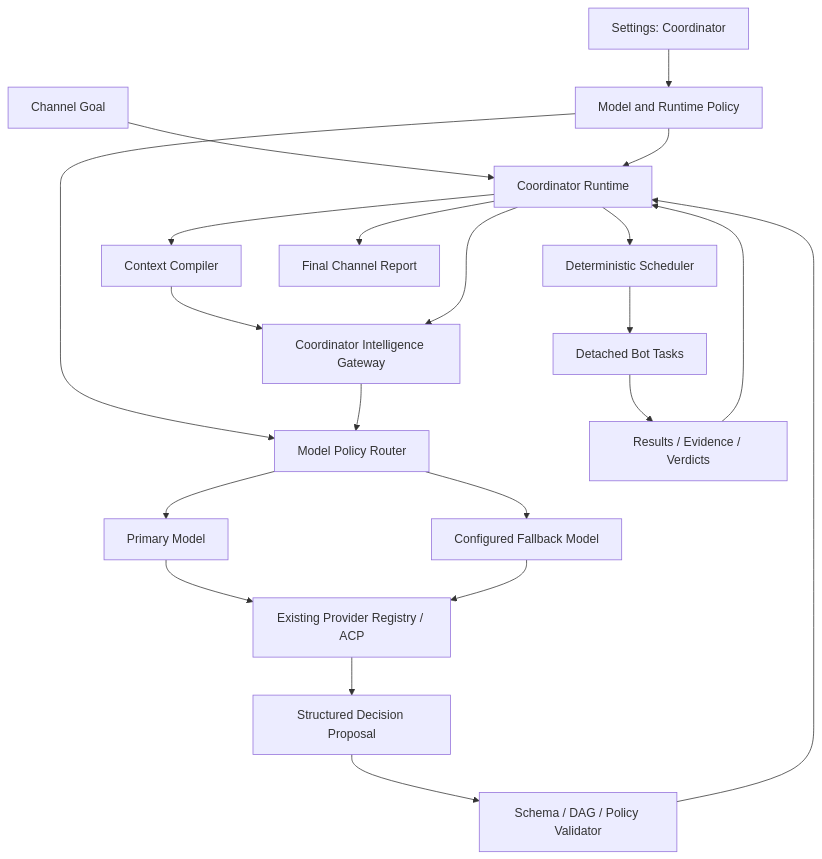
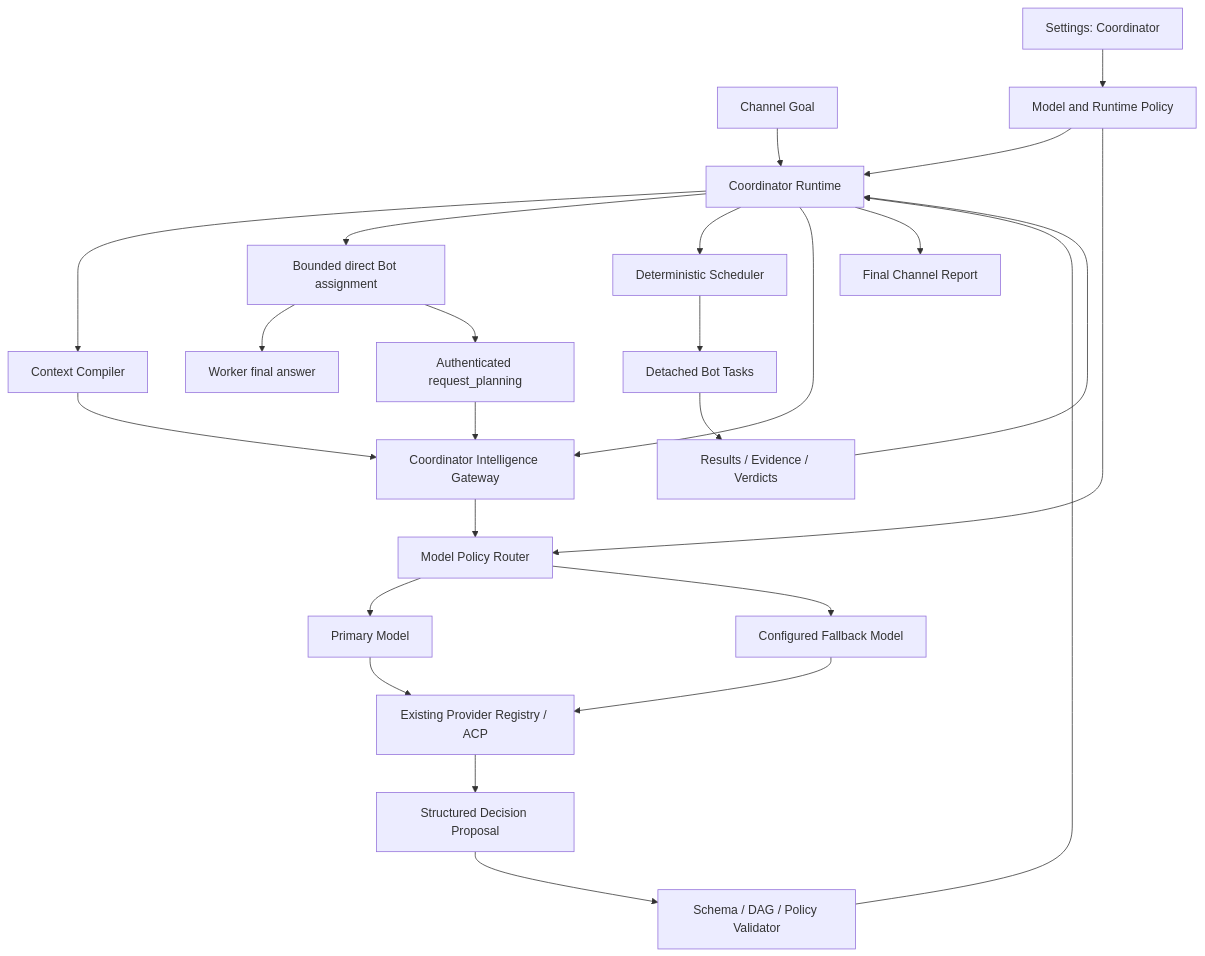
The first of 4 diagrams in cordinator_runtime.md (zhml530/Roundtable), drawn with Mermaid before and after one commit. The commit also changed other lines of this file and 17 other files, not shown here.

````diff
--- a/cordinator_runtime.md
+++ b/cordinator_runtime.md
@@ -19,28 +19,32 @@
 ```mermaid
 flowchart TB
     USER[Channel Goal] --> CORE[Coordinator Runtime]
 
     CORE --> CONTEXT[Context Compiler]
     CONTEXT --> INTEL[Coordinator Intelligence Gateway]
 
     SETTINGS[Settings: Coordinator] --> POLICY[Model and Runtime Policy]
     POLICY --> CORE
     POLICY --> ROUTER[Model Policy Router]
 
     INTEL --> ROUTER
     ROUTER --> PRIMARY[Primary Model]
     ROUTER --> BACKUP[Configured Fallback Model]
     PRIMARY --> PROVIDERS[Existing Provider Registry / ACP]
     BACKUP --> PROVIDERS
 
     PROVIDERS --> PROPOSAL[Structured Decision Proposal]
     PROPOSAL --> VALIDATOR[Schema / DAG / Policy Validator]
     VALIDATOR --> CORE
+    CORE --> DIRECT[Bounded direct Bot assignment]
+    DIRECT --> ANSWER[Worker final answer]
+    DIRECT --> HANDOFF[Authenticated request_planning]
+    HANDOFF --> INTEL
 
     CORE --> SCHEDULER[Deterministic Scheduler]
     SCHEDULER --> TASKS[Detached Bot Tasks]
     TASKS --> RECEIPTS[Results / Evidence / Verdicts]
     RECEIPTS --> CORE
     CORE --> INTEL
     CORE --> REPORT[Final Channel Report]
 ```
````
